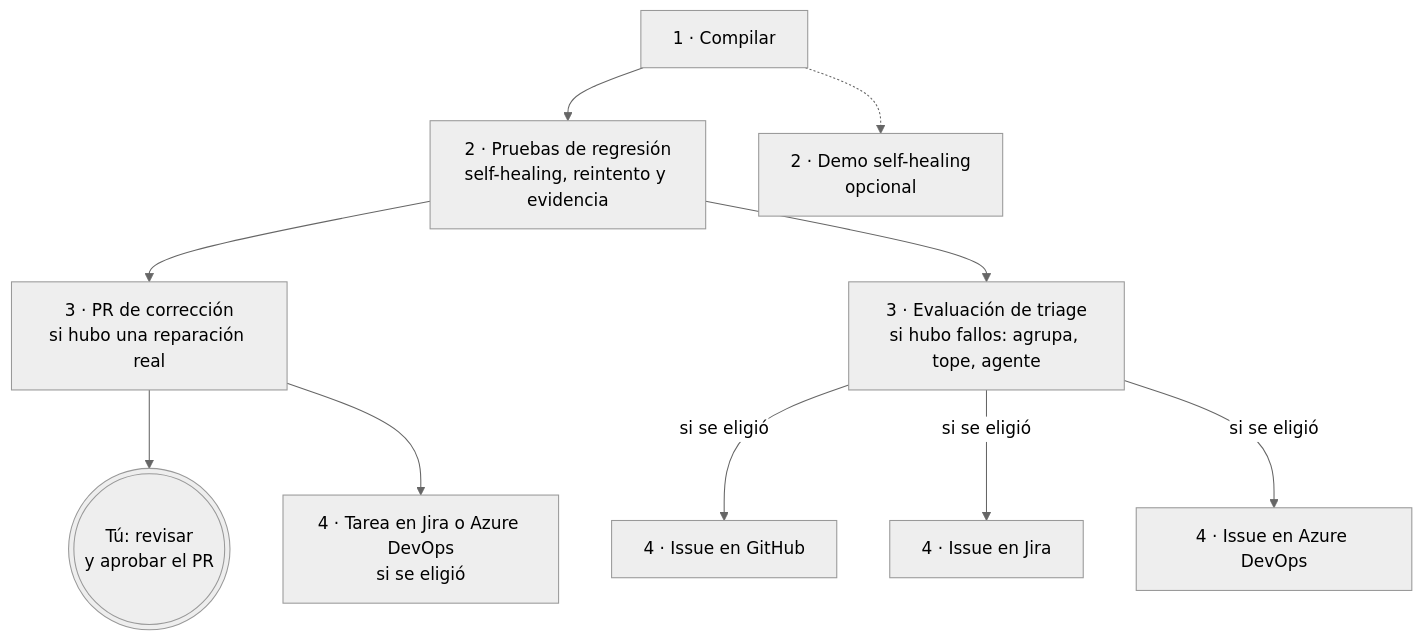
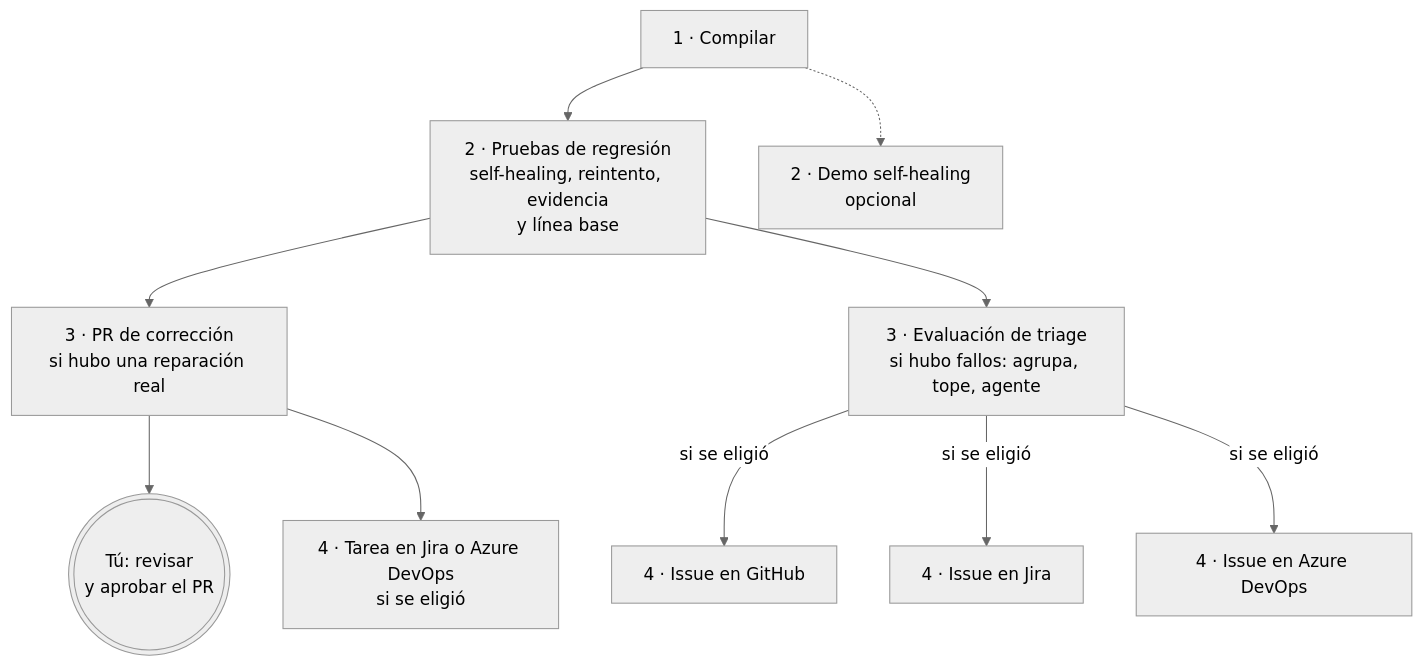
Before and after one commit to pgp-qa-automation-labs/poc-selenium-cucumber: the fourth of 4 diagrams in README.md, drawn with Mermaid (neutral theme). The commit also changed other lines of this file, not shown here.

Commit message:
Documenta en el pipeline el caché de líneas base

````diff
--- a/README.md
+++ b/README.md
@@ -181,21 +181,21 @@
 ```mermaid
 flowchart TD
     C["1 · Compilar"]
-    REG["2 · Pruebas de regresión<br/>self-healing, reintento y evidencia"]
+    REG["2 · Pruebas de regresión<br/>self-healing, reintento, evidencia<br/>y línea base"]
     DEMO["2 · Demo self-healing<br/>opcional"]
     PR["3 · PR de corrección<br/>si hubo una reparación real"]
     TRI["3 · Evaluación de triage<br/>si hubo fallos: agrupa, tope, agente"]
     GH["4 · Issue en GitHub"]
     JI["4 · Issue en Jira"]
     AZ["4 · Issue en Azure DevOps"]
     TAR["4 · Tarea en Jira o Azure DevOps<br/>si se eligió"]
     REV(((Tú: revisar<br/>y aprobar el PR)))
     C --> REG
     C -.-> DEMO
     REG --> PR --> REV
     PR --> TAR
     REG --> TRI
     TRI -->|"si se eligió"| GH
     TRI -->|"si se eligió"| JI
     TRI -->|"si se eligió"| AZ
 ```
````
